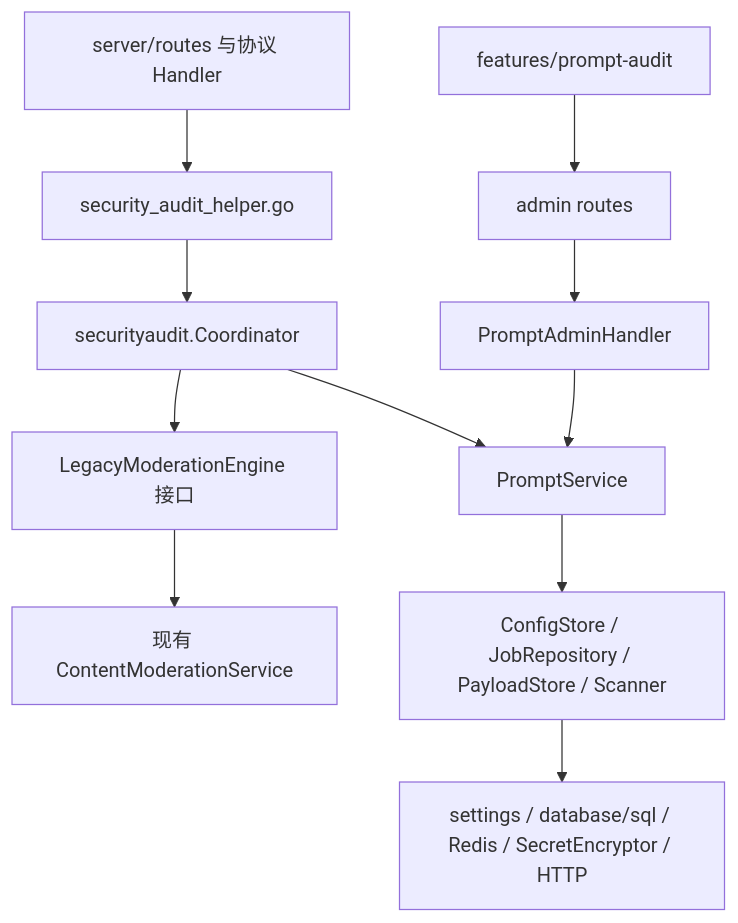
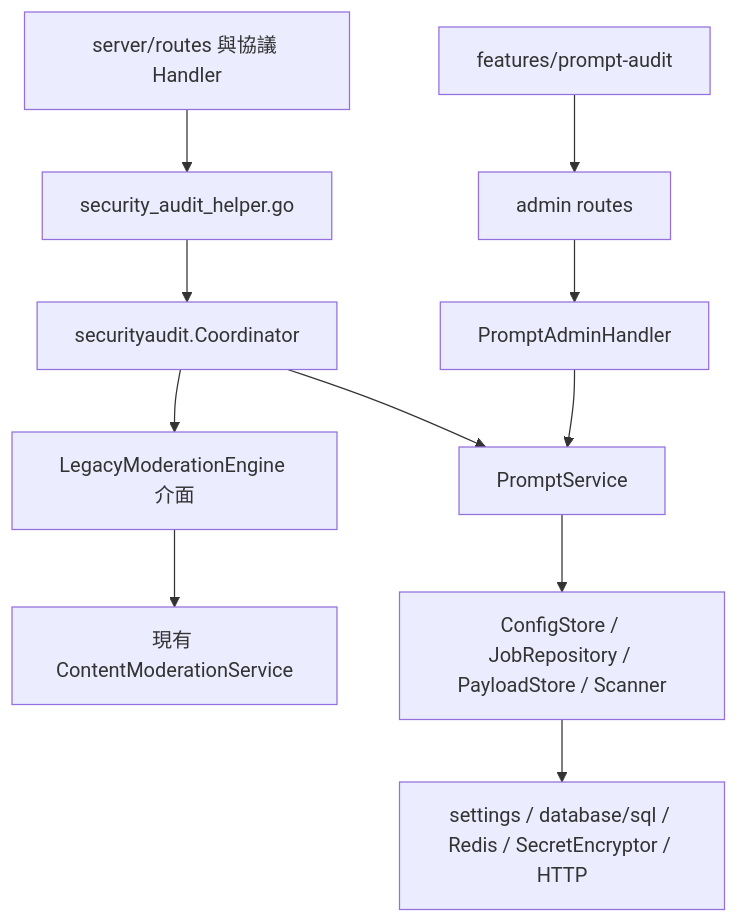
One commit to yelban/sub2api.TW changed the first of 4 diagrams in openspec/changes/add-openai-compatible-prompt-audit/implementation-guide.md. Above: the diagram before and after it, drawn with Mermaid. The commit also changed other lines of this file and 49 other files, not shown here.

````diff
--- a/openspec/changes/add-openai-compatible-prompt-audit/implementation-guide.md
+++ b/openspec/changes/add-openai-compatible-prompt-audit/implementation-guide.md
@@ -19,13 +19,13 @@
 ```mermaid
 flowchart TD
-    Routes["server/routes 与协议 Handler"] --> Helper["security_audit_helper.go"]
+    Routes["server/routes 與協議 Handler"] --> Helper["security_audit_helper.go"]
     Helper --> Coordinator["securityaudit.Coordinator"]
-    Coordinator --> LegacyPort["LegacyModerationEngine 接口"]
+    Coordinator --> LegacyPort["LegacyModerationEngine 介面"]
     Coordinator --> PromptService["PromptService"]
-    LegacyPort --> Existing["现有 ContentModerationService"]
+    LegacyPort --> Existing["現有 ContentModerationService"]
     PromptService --> Ports["ConfigStore / JobRepository / PayloadStore / Scanner"]
     Ports --> Infra["settings / database/sql / Redis / SecretEncryptor / HTTP"]
     AdminRoutes["admin routes"] --> AdminHandler["PromptAdminHandler"]
     AdminHandler --> PromptService
     Frontend["features/prompt-audit"] --> AdminRoutes
 ```
````
